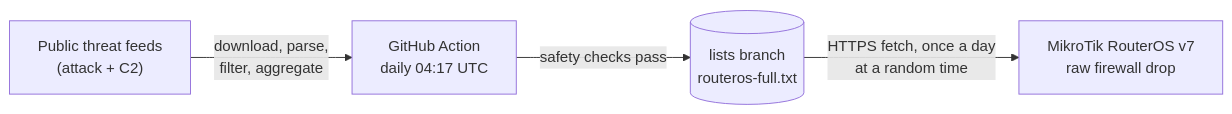
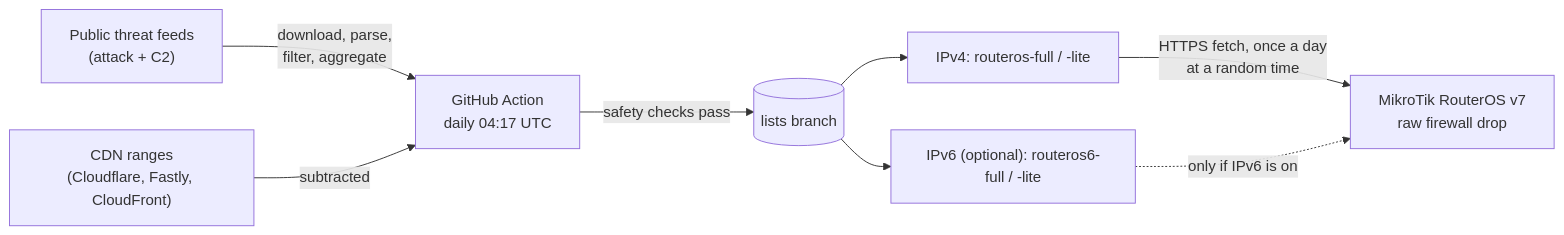
The diagram in README.md (Psycomy/MikrotikBlockList), drawn with Mermaid before and after one commit. The commit also changed other lines of this file and 5 other files, not shown here.

````diff
--- a/README.md
+++ b/README.md
@@ -37,6 +37,10 @@
 ```mermaid
 flowchart LR
     S["Public threat feeds<br/>(attack + C2)"] -->|"download, parse,<br/>filter, aggregate"| A["GitHub Action<br/>daily 04:17 UTC"]
-    A -->|"safety checks pass"| L[("lists branch<br/>routeros-full.txt")]
-    L -->|"HTTPS fetch, once a day<br/>at a random time"| R["MikroTik RouterOS v7<br/>raw firewall drop"]
+    C["CDN ranges<br/>(Cloudflare, Fastly, CloudFront)"] -->|"subtracted"| A
+    A -->|"safety checks pass"| L[("lists branch")]
+    L --> V4["IPv4: routeros-full / -lite"]
+    L --> V6["IPv6 (optional): routeros6-full / -lite"]
+    V4 -->|"HTTPS fetch, once a day<br/>at a random time"| R["MikroTik RouterOS v7<br/>raw firewall drop"]
+    V6 -.->|"only if IPv6 is on"| R
 ```
````
